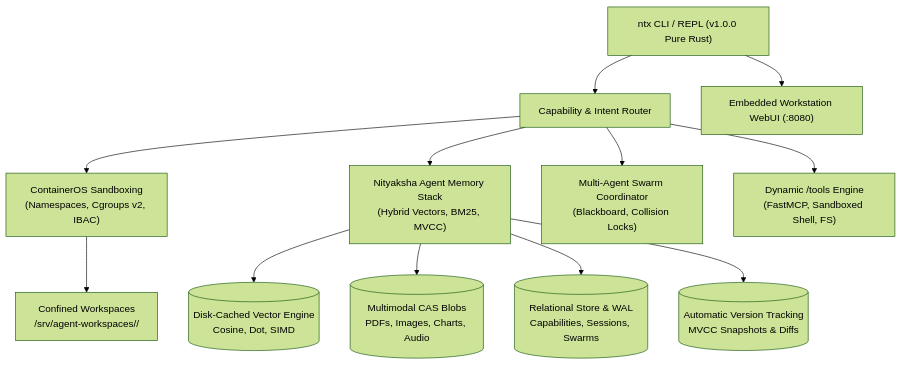
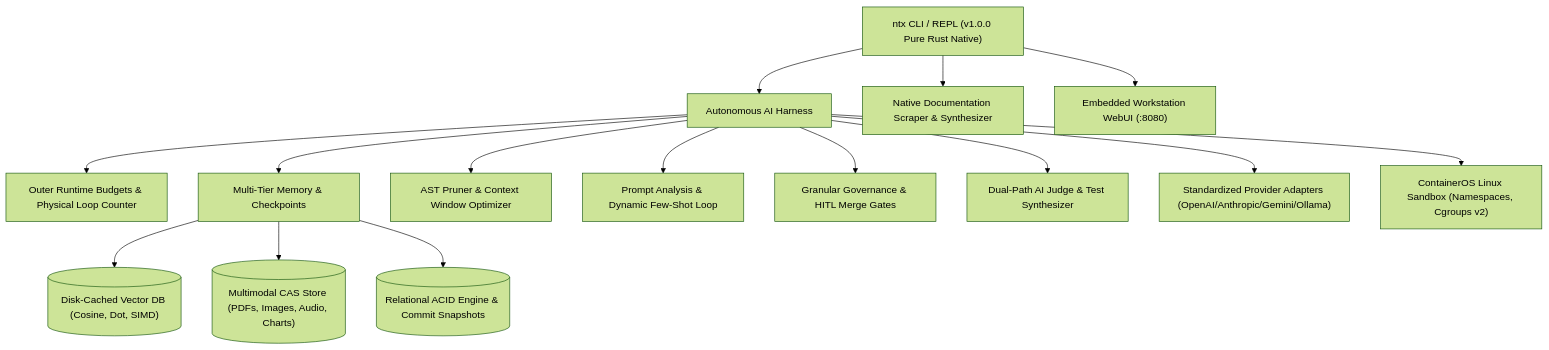
The diagram in README.md (simhaonline/ntx), drawn with Mermaid (forest theme) before and after one commit. The commit also changed other lines of this file and 1 other file, not shown here.

Commit message:
feat: complete proprietary capability suite, pure Rust AI Harness & native documentation scraper

````diff
--- a/README.md
+++ b/README.md
@@ -37,17 +26,19 @@
 ```mermaid
 flowchart TD
-    CLI["ntx CLI / REPL (v1.0.0 Pure Rust)"] --> Router["Capability & Intent Router"]
+    CLI["ntx CLI / REPL (v1.0.0 Pure Rust Native)"] --> Harness["Autonomous AI Harness"]
+    CLI --> Scraper["Native Documentation Scraper & Synthesizer"]
     CLI --> WebUI["Embedded Workstation WebUI (:8080)"]
     
-    Router --> SandboxEngine["ContainerOS Sandboxing<br/>(Namespaces, Cgroups v2, IBAC)"]
-    Router --> MemoryStack["Nityaksha Agent Memory Stack<br/>(Hybrid Vectors, BM25, MVCC)"]
-    Router --> SwarmEngine["Multi-Agent Swarm Coordinator<br/>(Blackboard, Collision Locks)"]
-    Router --> ToolsEngine["Dynamic /tools Engine<br/>(FastMCP, Sandboxed Shell, FS)"]
-    
-    MemoryStack --> VectorDB[("Disk-Cached Vector Engine<br/>Cosine, Dot, SIMD")]
-    MemoryStack --> MultimodalCAS[("Multimodal CAS Blobs<br/>PDFs, Images, Charts, Audio")]
-    MemoryStack --> RelationalWAL[("Relational Store & WAL<br/>Capabilities, Sessions, Swarms")]
-    MemoryStack --> VersionEngine[("Automatic Version Tracking<br/>MVCC Snapshots & Diffs")]
-    
-    SandboxEngine --> Workspaces["Confined Workspaces<br/>/srv/agent-workspaces/<ns>/<id>"]
+    Harness --> Budget["Outer Runtime Budgets & Physical Loop Counter"]
+    Harness --> Memory["Multi-Tier Memory & Checkpoints"]
+    Harness --> AST["AST Pruner & Context Window Optimizer"]
+    Harness --> PromptLoop["Prompt Analysis & Dynamic Few-Shot Loop"]
+    Harness --> Governance["Granular Governance & HITL Merge Gates"]
+    Harness --> Judge["Dual-Path AI Judge & Test Synthesizer"]
+    Harness --> Adapters["Standardized Provider Adapters (OpenAI/Anthropic/Gemini/Ollama)"]
+
+    Harness --> Sandbox["ContainerOS Linux Sandbox (Namespaces, Cgroups v2)"]
+    Memory --> VectorDB[("Disk-Cached Vector DB (Cosine, Dot, SIMD)")]
+    Memory --> MultimodalCAS[("Multimodal CAS Store (PDFs, Images, Audio, Charts)")]
+    Memory --> RelationalWAL[("Relational ACID Engine & Commit Snapshots")]
 ```
````
